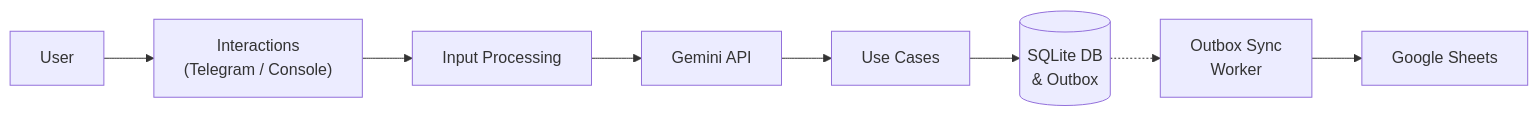
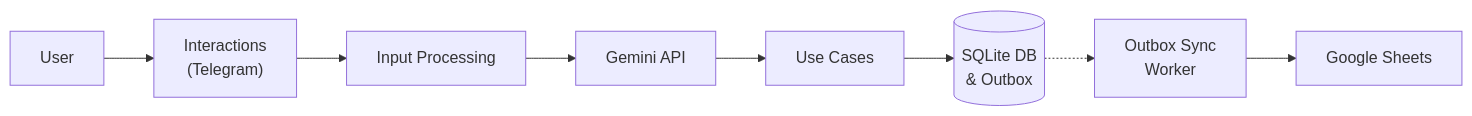
One commit to Linnod/MyFinanceTracker changed the diagram in README.MD. Above: the diagram before and after it, drawn with Mermaid. The commit also changed other lines of this file and 13 other files, not shown here.

````diff
--- a/README.MD
+++ b/README.MD
@@ -22,32 +22,32 @@
 ```mermaid
 flowchart LR
     User["User"]
 
     Interactions["Interactions
-    (Telegram / Console)"]
+    (Telegram)"]
 
     Parser["Input Processing"]
 
     Gemini["Gemini API"]
 
     UseCases["Use Cases"]
 
     Sqlite[("SQLite DB
     & Outbox")]
 
     Sync["Outbox Sync
     Worker"]
 
     Sheets["Google Sheets"]
 
     User --> Interactions
     Interactions --> Parser
 
     Parser --> Gemini
 
     Gemini --> UseCases
 
     UseCases --> Sqlite
     Sqlite -.-> Sync
     Sync --> Sheets
 ```
````
